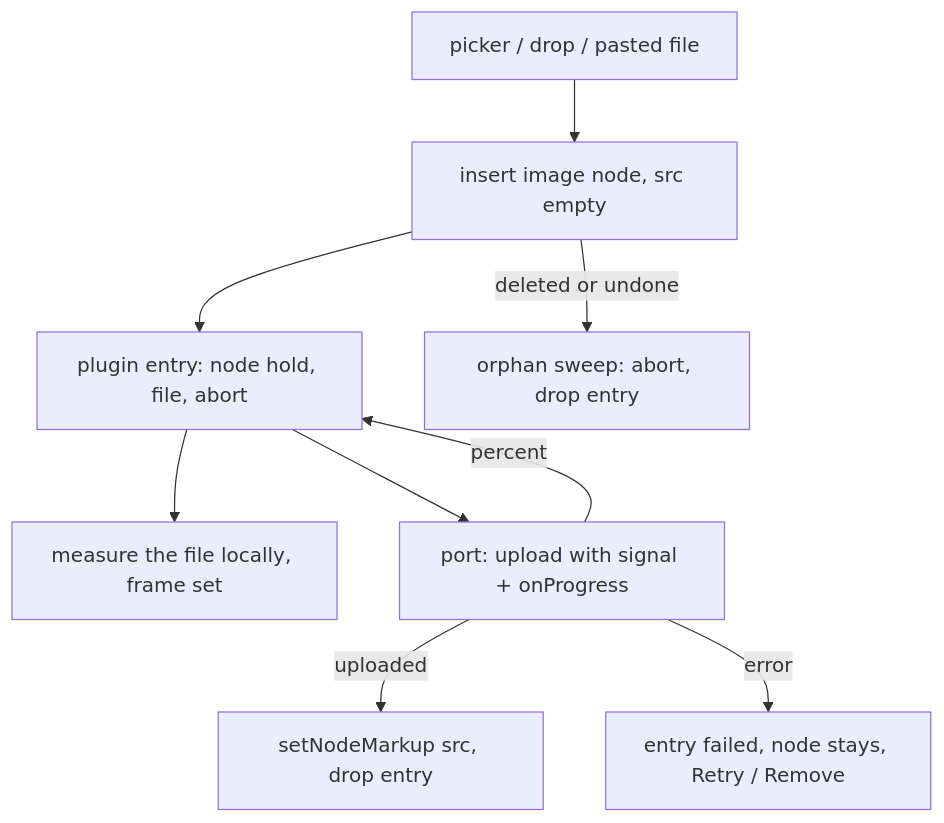
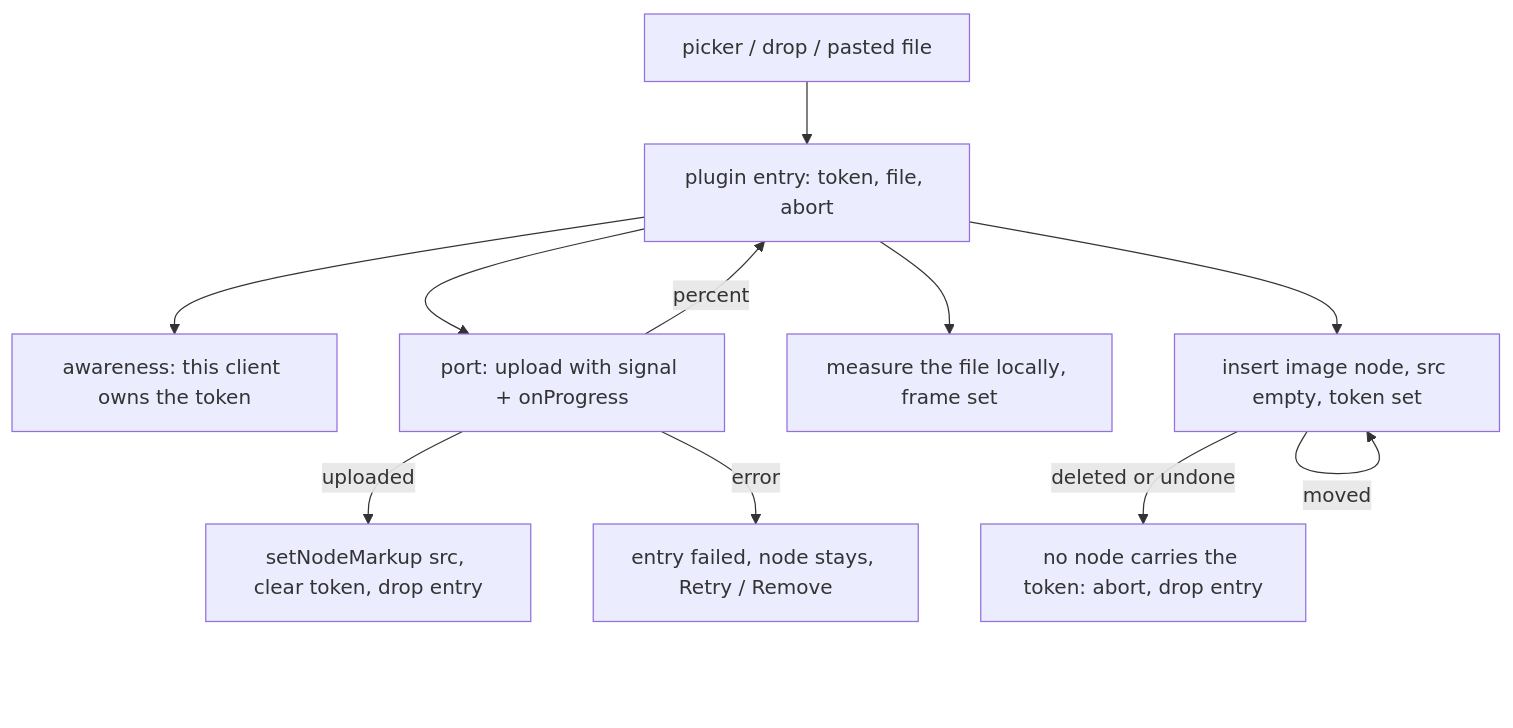
The diagram in apps/app/src/core/editor/images/.context/CONTEXT.md (haowjy/meridian), drawn with Mermaid before and after one commit. The commit also changed other lines of this file and 11 other files, not shown here.

````diff
--- a/apps/app/src/core/editor/images/.context/CONTEXT.md
+++ b/apps/app/src/core/editor/images/.context/CONTEXT.md
@@ -5,11 +5,13 @@
 ```mermaid
 flowchart TD
-  door["picker / drop / pasted file"] --> slot["insert image node, src empty"]
-  slot --> entry["plugin entry: node hold, file, abort"]
+  door["picker / drop / pasted file"] --> entry["plugin entry: token, file, abort"]
+  entry --> owner["awareness: this client owns the token"]
+  entry --> slot["insert image node, src empty, token set"]
   entry --> measure["measure the file locally, frame set"]
   entry --> upload["port: upload with signal + onProgress"]
   upload -->|percent| entry
-  upload -->|uploaded| land["setNodeMarkup src, drop entry"]
+  upload -->|uploaded| land["setNodeMarkup src, clear token, drop entry"]
   upload -->|error| failed["entry failed, node stays, Retry / Remove"]
-  slot -->|deleted or undone| sweep["orphan sweep: abort, drop entry"]
+  slot -->|deleted or undone| sweep["no node carries the token: abort, drop entry"]
+  slot -->|moved| slot
 ```
````
